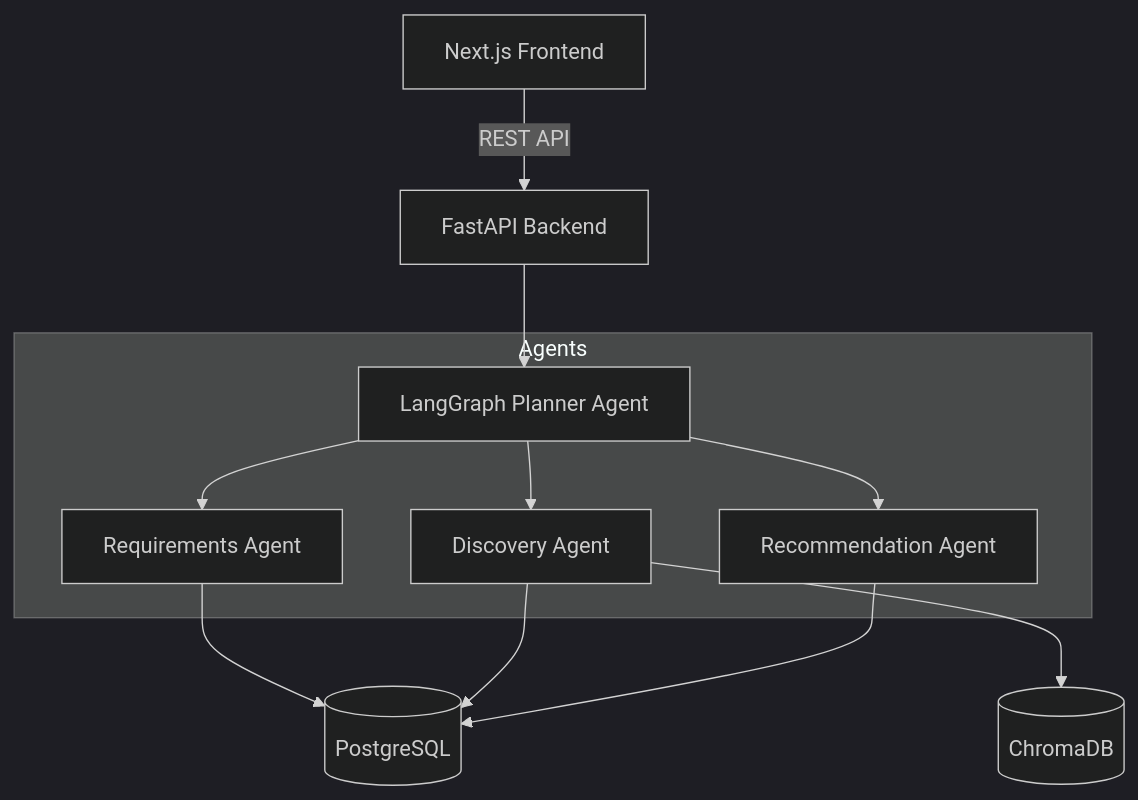
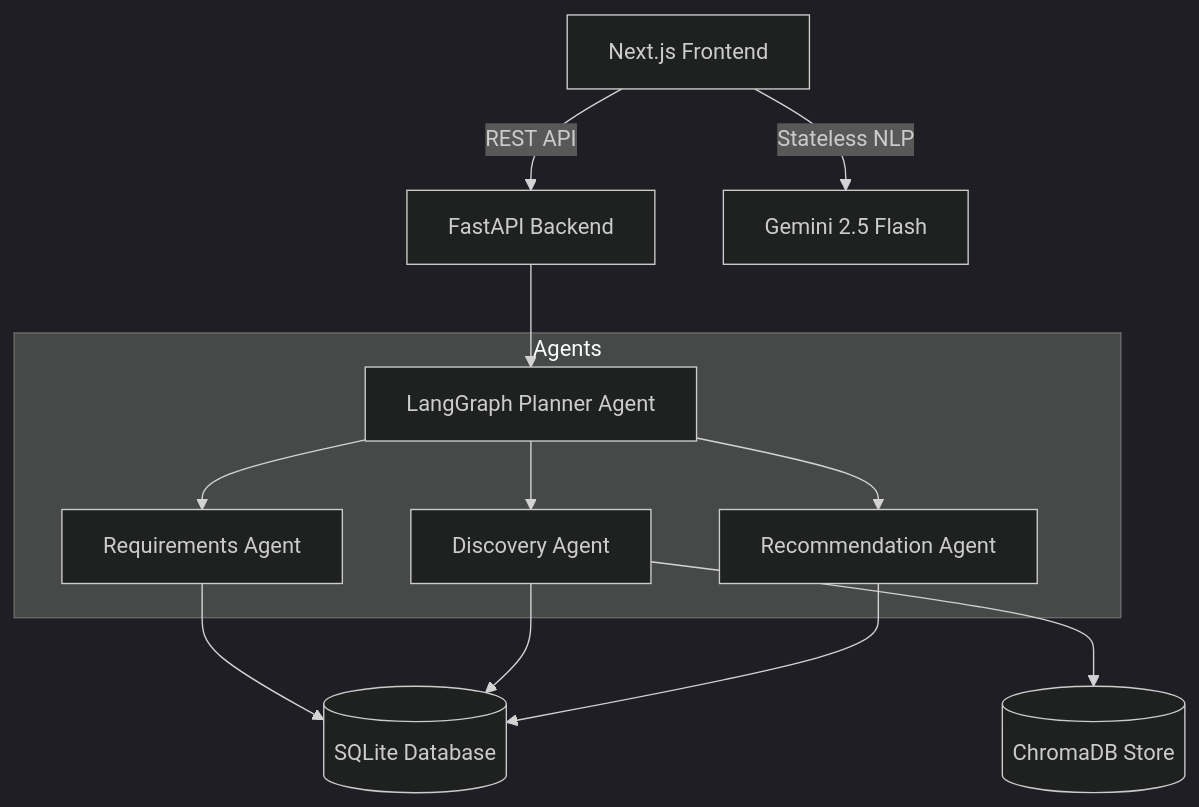
The first of 3 diagrams in docs/architecture.md (Sampath3763/TalentFlow-AI), drawn with Mermaid (dark theme) before and after one commit. The commit also changed other lines of this file and 5 other files, not shown here.

````diff
--- a/docs/architecture.md
+++ b/docs/architecture.md
@@ -5,17 +9,18 @@
 ```mermaid
 graph TD
     Client[Next.js Frontend] --> |REST API| API[FastAPI Backend]
+    Client --> |Stateless NLP| Gemini[Gemini 2.5 Flash]
     
     API --> Planner[LangGraph Planner Agent]
     
     subgraph Agents
         Planner --> ReqAgent[Requirements Agent]
         Planner --> MatchAgent[Discovery Agent]
         Planner --> RecAgent[Recommendation Agent]
     end
     
-    ReqAgent --> DB[(PostgreSQL)]
-    MatchAgent --> Chroma[(ChromaDB)]
+    ReqAgent --> DB[(SQLite Database)]
+    MatchAgent --> Vector[(ChromaDB Store)]
     MatchAgent --> DB
     RecAgent --> DB
 ```
````
